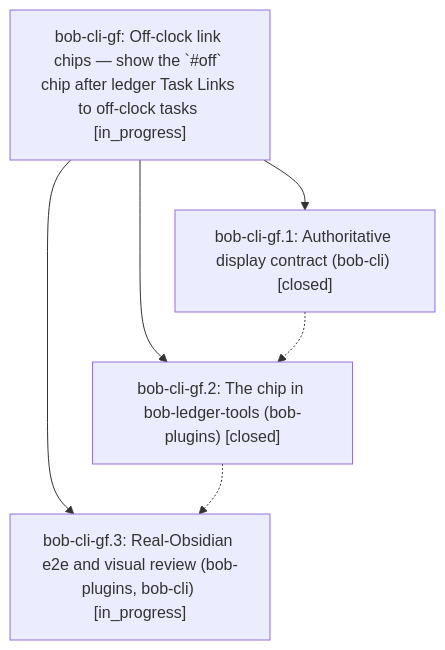
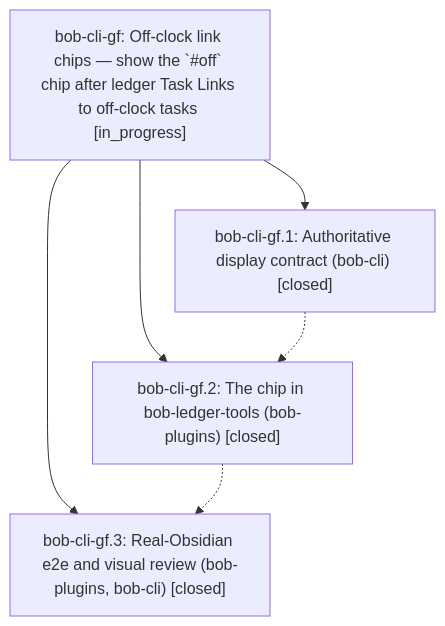
The diagram in pages/bob-cli-gf/README.md (bobs-org/bob-cli--beads), drawn with Mermaid before and after one commit. The commit also changed other lines of this file and 2 other files, not shown here.

First line of the commit message:
chore(beads): sync bead state and pages for bob-cli-gf

````diff
--- a/pages/bob-cli-gf/README.md
+++ b/pages/bob-cli-gf/README.md
@@ -56,12 +58,12 @@
 ```mermaid
 flowchart TD
     n0["bob-cli-gf: Off-clock link chips — show the `#off` chip after ledger Task Links to off-clock tasks [in_progress]"]
     n1["bob-cli-gf.1: Authoritative display contract (bob-cli) [closed]"]
     n2["bob-cli-gf.2: The chip in bob-ledger-tools (bob-plugins) [closed]"]
-    n3["bob-cli-gf.3: Real-Obsidian e2e and visual review (bob-plugins, bob-cli) [in_progress]"]
+    n3["bob-cli-gf.3: Real-Obsidian e2e and visual review (bob-plugins, bob-cli) [closed]"]
     n0 --> n1
     n0 --> n2
     n0 --> n3
     n1 -.-> n2
     n2 -.-> n3
 ```
````
